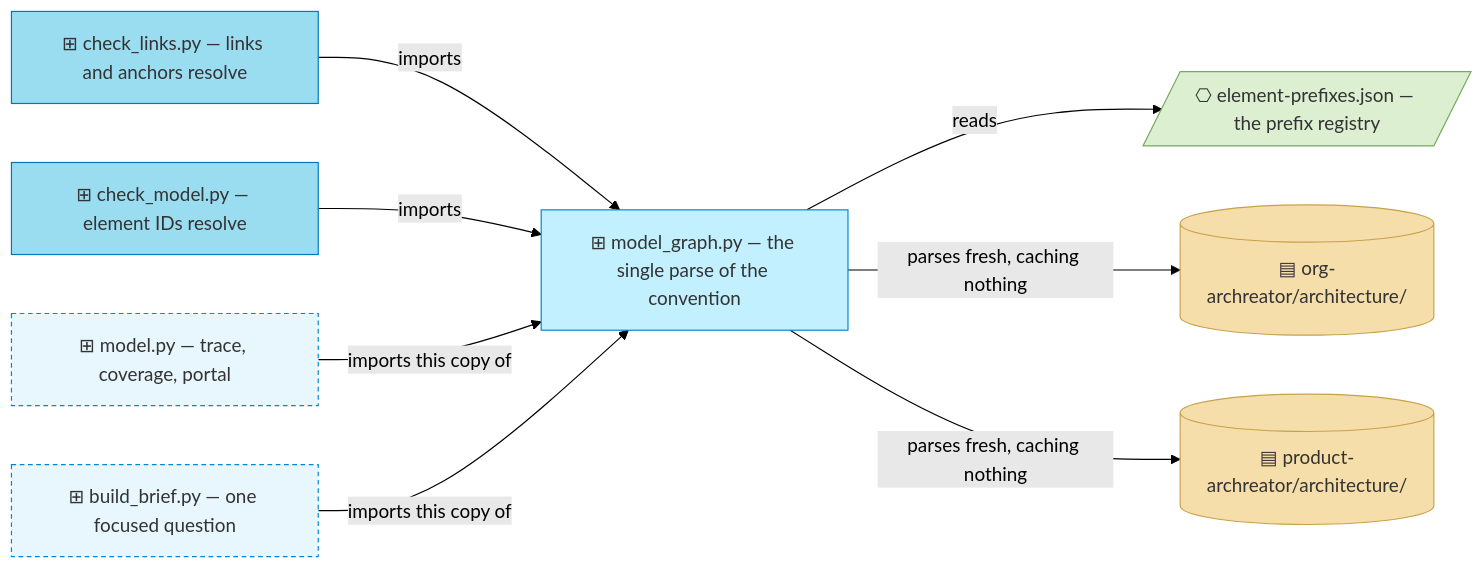
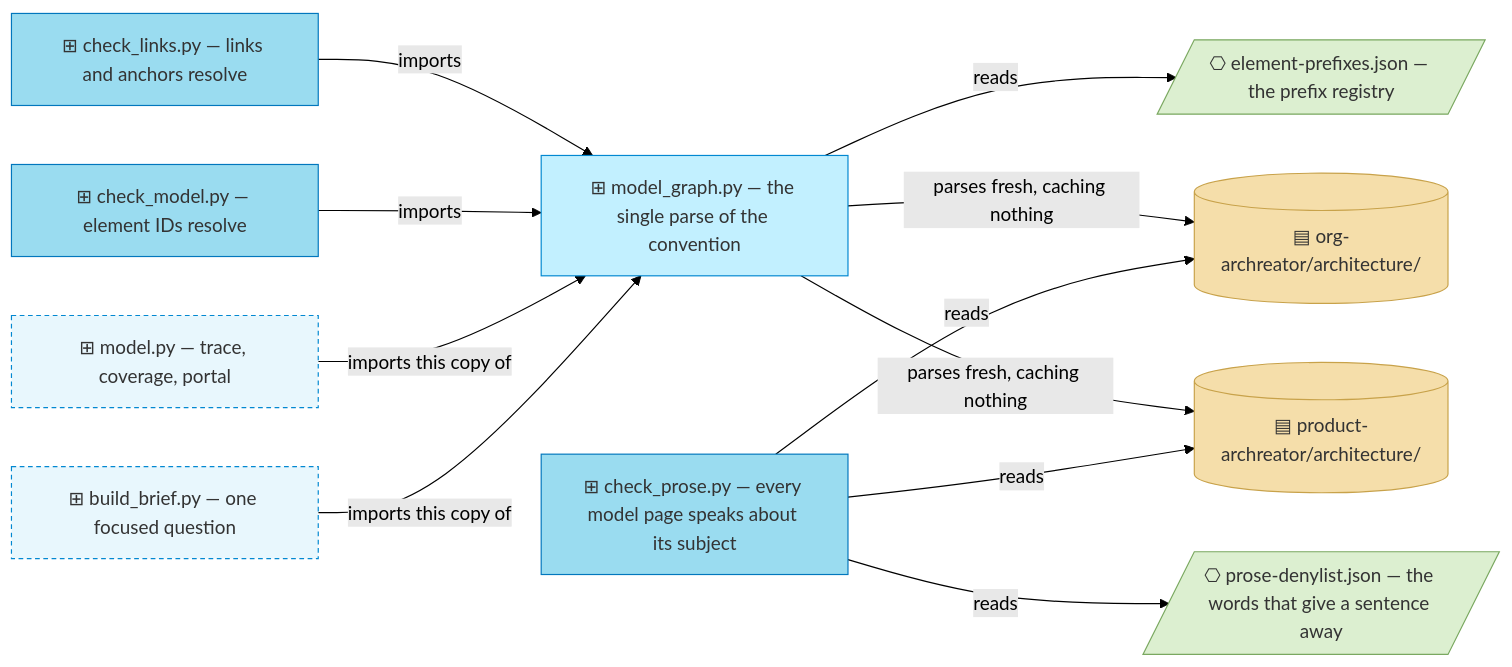
Before and after one commit to roanboc/architecture-archreator: the diagram in scripts/README.md, drawn with Mermaid (forest theme). The commit also changed other lines of this file and 38 other files, not shown here.

````diff
--- a/scripts/README.md
+++ b/scripts/README.md
@@ -18,27 +19,32 @@
 ```mermaid
 flowchart LR
   links["⊞ check_links.py — links and anchors resolve"]:::tool
   model["⊞ check_model.py — element IDs resolve"]:::tool
+  prose["⊞ check_prose.py — every model page speaks about its subject"]:::tool
+  denylist[/"⎔ prose-denylist.json — the words that give a sentence away"/]:::data
   parse["⊞ model_graph.py — the single parse of the convention"]:::core
   prefixes[/"⎔ element-prefixes.json — the prefix registry"/]:::data
 
   reader["⊞ model.py — trace, coverage, portal"]:::plugin
   brief["⊞ build_brief.py — one focused question"]:::plugin
 
   org[("▤ org-archreator/architecture/")]:::tree
   prod[("▤ product-archreator/architecture/")]:::tree
 
   links -->|imports| parse
   model -->|imports| parse
   reader -->|imports this copy of| parse
   brief -->|imports this copy of| parse
   parse -->|reads| prefixes
   parse -->|parses fresh, caching nothing| org
   parse -->|parses fresh, caching nothing| prod
+  prose -->|reads| denylist
+  prose -->|reads| org
+  prose -->|reads| prod
 
   classDef tool fill:#9adcf0,stroke:#0277bd,color:#333
   classDef core fill:#c2f0ff,stroke:#0288d1,color:#333
   classDef data fill:#dcefd0,stroke:#7aa860,color:#333
   classDef plugin fill:#e8f7fd,stroke:#0288d1,color:#333,stroke-dasharray: 4 3
   classDef tree fill:#f5deaa,stroke:#c8a24a,color:#333
 ```
````
